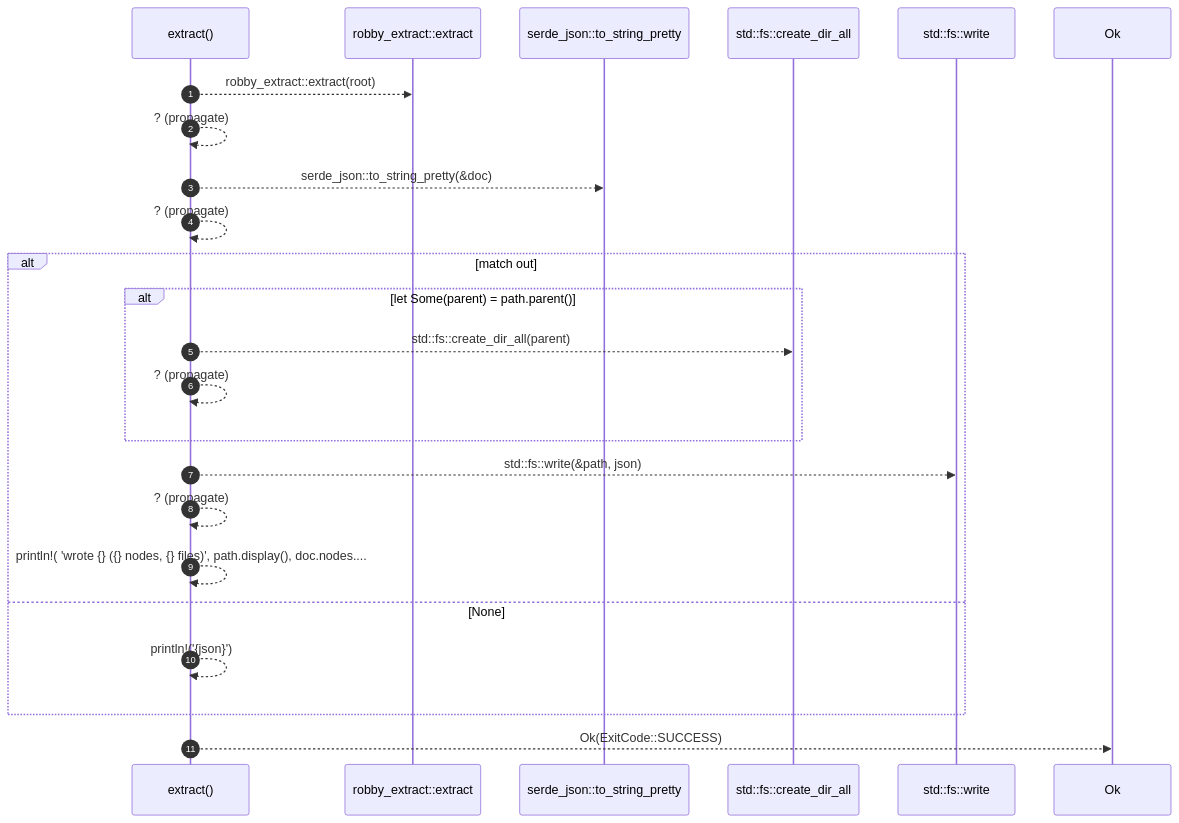
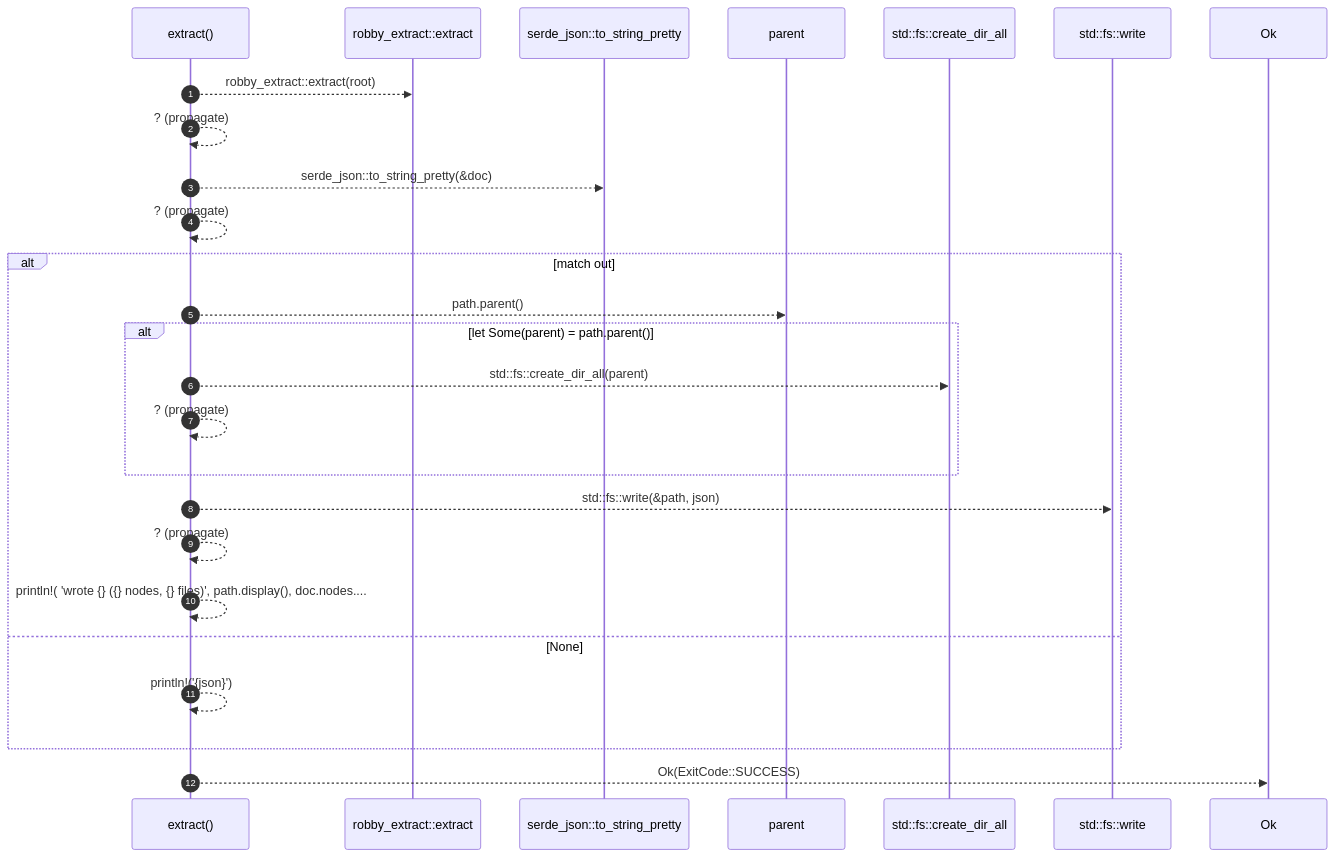
The diagram in docs/self-model/robby_cli/extract.md (RyanGuild/self-describing-code), drawn with Mermaid before and after one commit. The commit also changed other lines of this file and 1404 other files, not shown here.

````diff
--- a/docs/self-model/robby_cli/extract.md
+++ b/docs/self-model/robby_cli/extract.md
@@ -35,26 +35,28 @@
 ```mermaid
 sequenceDiagram
     autonumber
     participant extract as extract()
     participant robby_extract__extract as robby_extract::extract
     participant serde_json__to_string_pretty as serde_json::to_string_pretty
+    participant parent as parent
     participant std__fs__create_dir_all as std::fs::create_dir_all
     participant std__fs__write as std::fs::write
     participant Ok as Ok
     extract-->>robby_extract__extract: robby_extract::extract(root)
     extract-->>extract: ? (propagate)
     extract-->>serde_json__to_string_pretty: serde_json::to_string_pretty(&doc)
     extract-->>extract: ? (propagate)
     alt match out
+    extract-->>parent: path.parent()
     alt let Some(parent) = path.parent()
     extract-->>std__fs__create_dir_all: std::fs::create_dir_all(parent)
     extract-->>extract: ? (propagate)
     end
     extract-->>std__fs__write: std::fs::write(&path, json)
     extract-->>extract: ? (propagate)
     extract-->>extract: println!( 'wrote {} ({} nodes, {} files)', path.display(), doc.nodes....
     else None
     extract-->>extract: println!('{json}')
     end
     extract-->>Ok: Ok(ExitCode::SUCCESS)
 ```
````
